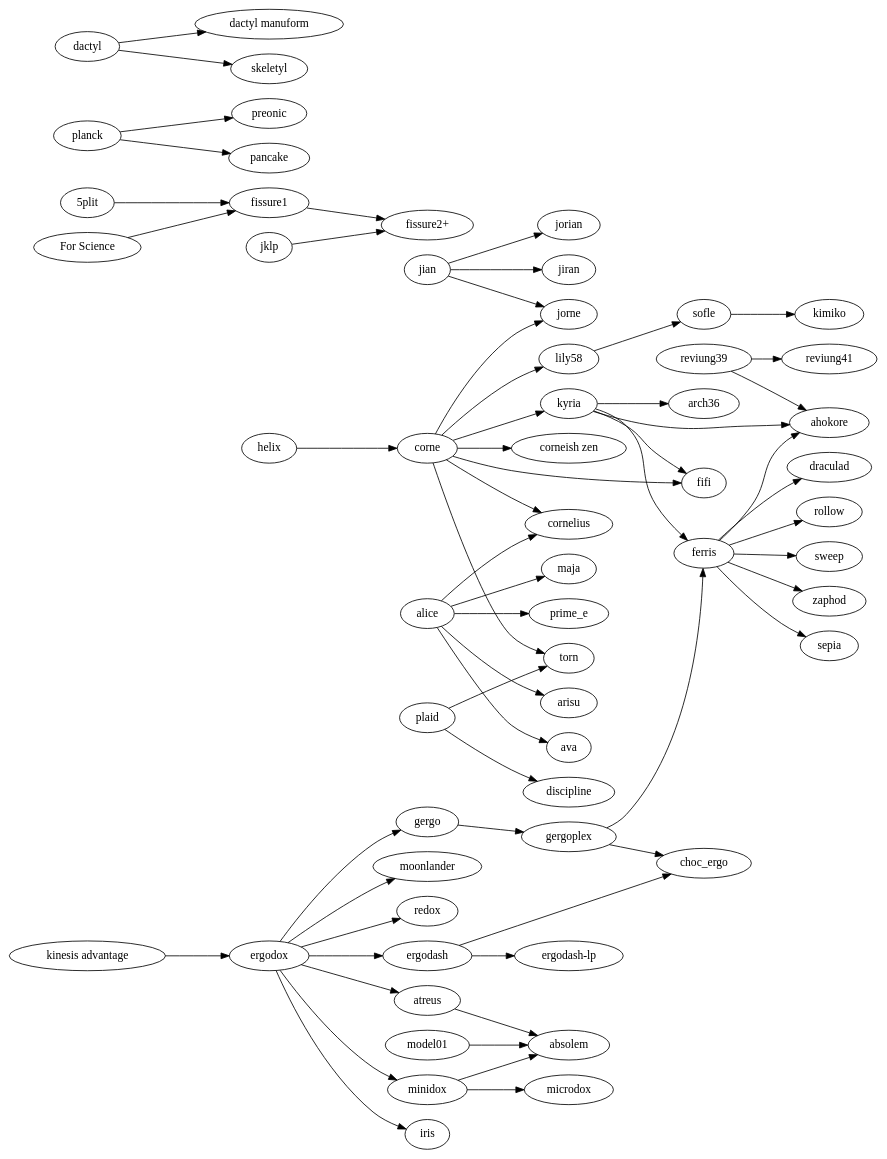
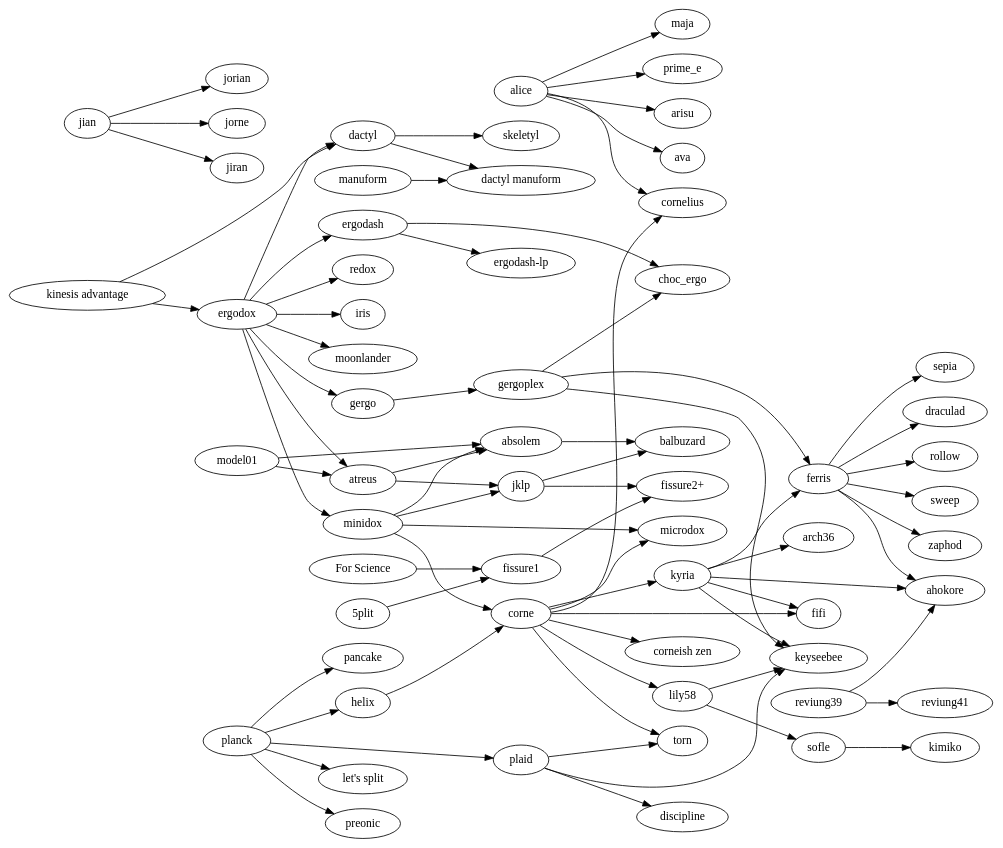
Before and after one commit to joric/graph: the diagram in tree.gv, drawn with Graphviz.

```diff
--- a/tree.gv
+++ b/tree.gv
@@ -1,115 +1,136 @@
 digraph {
   rankdir=LR;
 
   subgraph splits {
     helix -> corne;
-    jian -> jorian; 
-    jian -> jorne; 
+    jian -> jorian;
+    jian -> jorne;
     jian -> jiran;
 
     corne -> {
-      jorne;
       "corneish zen";
       cornelius;
       fifi;
       kyria;
       lily58;
+      microdox;
       torn;
     };
 
-    lily58 -> sofle;
+    lily58 -> {
+      keyseebee;
+      sofle;
+    };
 
     kyria -> {
         ahokore;
         arch36;
         ferris;
         fifi;
+        keyseebee;
     };
 
-    "kinesis advantage" -> ergodox;
+    "kinesis advantage" -> {
+      ergodox;
+      dactyl;
+    };
 
     ergodox -> {
       atreus;
+      dactyl;
       ergodash;
       gergo;
       iris;
       minidox;
       moonlander;
       redox;
     };
 
     ergodash -> {
       "ergodash-lp";
       choc_ergo;
     };
 
     gergo -> gergoplex;
     gergoplex -> {
+      choc_ergo;
       ferris;
-      choc_ergo;
+      keyseebee;
     };
 
     ferris -> {
       ahokore;
       sepia;
       draculad;
       rollow;
       sweep;
       zaphod;
     };
 
+    manuform -> "dactyl manuform";
+
     minidox -> {
       absolem;
+      corne;
       microdox;
+      jklp;
     };
 
     model01 -> {
       absolem;
+      atreus;
     };
 
     sofle -> kimiko;
 
     "5plit" -> "fissure1";
     "For Science" -> "fissure1";
     fissure1 -> "fissure2+";
     jklp -> "fissure2+";
   }
 
   subgraph unibody {
     atreus -> {
       absolem;
+      jklp;
     };
+    jklp -> balbuzard;
+    absolem -> balbuzard;
     reviung39 -> {
       ahokore;
       reviung41;
     };
   };
 
   subgraph ortholinear {
     plaid -> {
       discipline;
+      keyseebee;
       torn;
     };
     planck -> {
+      helix;
+      "let's split";
+      plaid;
       preonic;
       pancake;
     };
   }
 
   subgraph {
     dactyl -> {
       "dactyl manuform";
       skeletyl;
     }
   }
 
   subgraph alicefamily {
     alice -> {
       arisu;
       ava;
       cornelius;
       maja;
       prime_e;
     }
   }
 }
```
